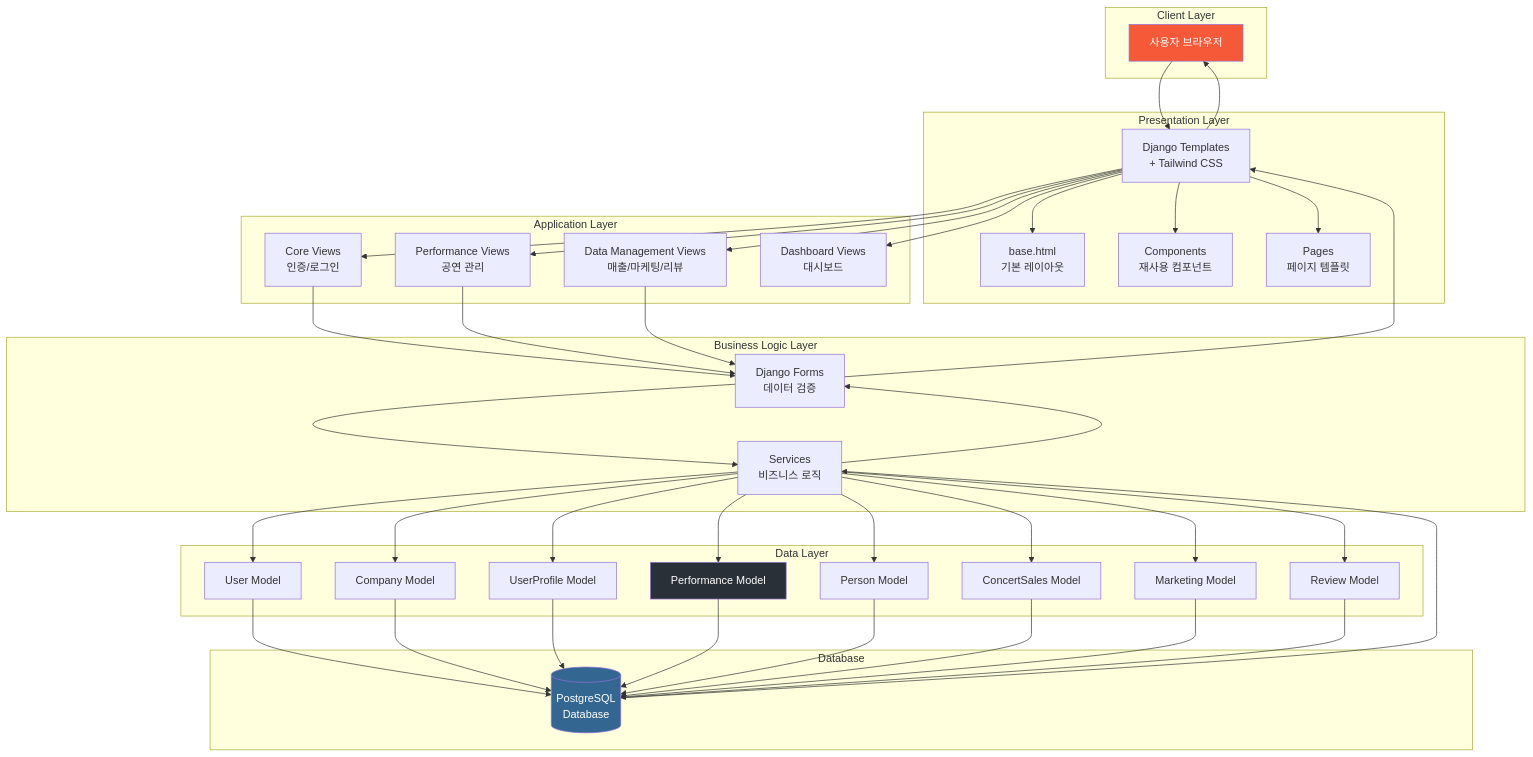
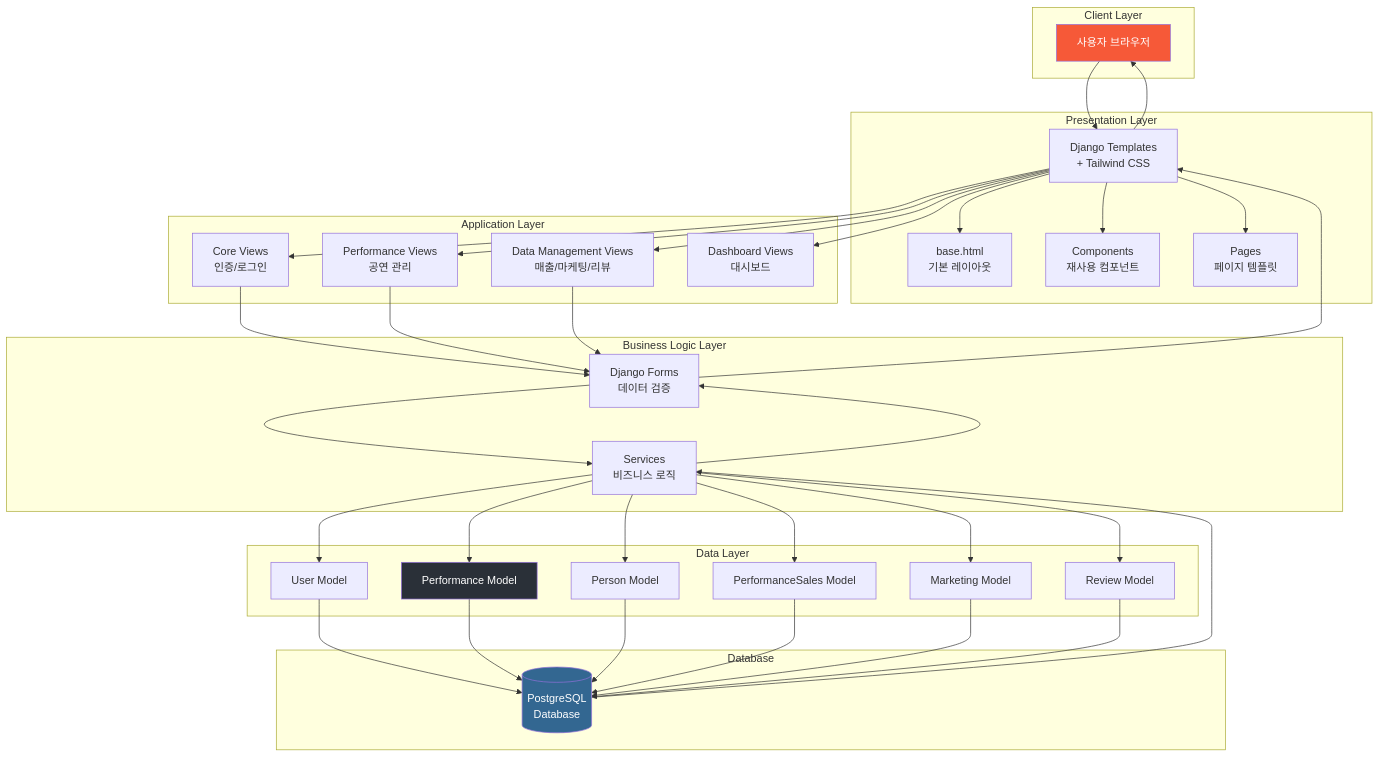
The first of 4 diagrams in docs/development-guide.md (jwlee-ticket/library_ai), drawn with Mermaid before and after one commit. The commit also changed other lines of this file and 23 other files, not shown here.

````diff
--- a/docs/development-guide.md
+++ b/docs/development-guide.md
@@ -309,82 +303,76 @@
 ```mermaid
 graph TB
     subgraph "Client Layer"
         User[사용자 브라우저]
     end
     
     subgraph "Presentation Layer"
         Templates[Django Templates<br/>+ Tailwind CSS]
         Base[base.html<br/>기본 레이아웃]
         Components[Components<br/>재사용 컴포넌트]
         Pages[Pages<br/>페이지 템플릿]
         
         Templates --> Base
         Templates --> Components
         Templates --> Pages
     end
     
     subgraph "Application Layer"
         CoreViews[Core Views<br/>인증/로그인]
         PerfViews[Performance Views<br/>공연 관리]
         DataViews[Data Management Views<br/>매출/마케팅/리뷰]
         DashViews[Dashboard Views<br/>대시보드]
     end
     
     subgraph "Business Logic Layer"
         Forms[Django Forms<br/>데이터 검증]
         Services[Services<br/>비즈니스 로직]
     end
     
     subgraph "Data Layer"
         UserModel[User Model]
-        CompanyModel[Company Model]
-        UserProfileModel[UserProfile Model]
         PerfModel[Performance Model]
         PersonModel[Person Model]
-        SalesModel[ConcertSales Model]
+        SalesModel[PerformanceSales Model]
         MarketingModel[Marketing Model]
         ReviewModel[Review Model]
     end
     
     subgraph "Database"
         PostgreSQL[(PostgreSQL<br/>Database)]
     end
     
     User --> Templates
     Templates --> CoreViews
     Templates --> PerfViews
     Templates --> DataViews
     Templates --> DashViews
     
     CoreViews --> Forms
     PerfViews --> Forms
     DataViews --> Forms
     
     Forms --> Services
     Services --> UserModel
-    Services --> CompanyModel
-    Services --> UserProfileModel
     Services --> PerfModel
     Services --> PersonModel
     Services --> SalesModel
     Services --> MarketingModel
     Services --> ReviewModel
     
     UserModel --> PostgreSQL
-    CompanyModel --> PostgreSQL
-    UserProfileModel --> PostgreSQL
     PerfModel --> PostgreSQL
     PersonModel --> PostgreSQL
     SalesModel --> PostgreSQL
     MarketingModel --> PostgreSQL
     ReviewModel --> PostgreSQL
     
     PostgreSQL --> Services
     Services --> Forms
     Forms --> Templates
     Templates --> User
     
     style User fill:#f65938,color:#fff
     style PostgreSQL fill:#336791,color:#fff
     style PerfModel fill:#2a3038,color:#fff
 ```
````
